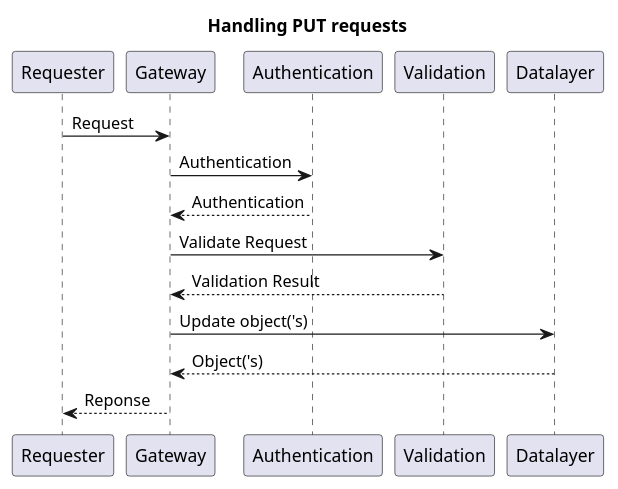
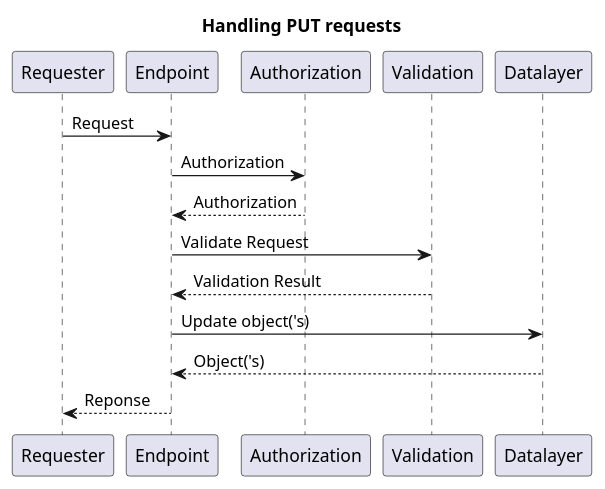
Before and after one commit to CommonGateway/CoreBundle: the diagram in docs/features/request_put.puml, drawn with PlantUML. The commit also changed 4 other files, not shown here.

```diff
--- a/docs/features/request_put.puml
+++ b/docs/features/request_put.puml
@@ -1,11 +1,11 @@
 @startuml
 title: Handling PUT requests
-Requester -> Gateway: Request
-Gateway -> Authentication  : Authentication
-Authentication --> Gateway  : Authentication
-Gateway -> Validation : Validate Request
-Validation --> Gateway : Validation Result
-Gateway -> Datalayer: Update object('s)
-Datalayer --> Gateway : Object('s)
-Gateway --> Requester: Reponse
+Requester -> Endpoint: Request
+Endpoint -> Authorization  : Authorization
+Authorization --> Endpoint  : Authorization
+Endpoint -> Validation : Validate Request
+Validation --> Endpoint : Validation Result
+Endpoint -> Datalayer: Update object('s)
+Datalayer --> Endpoint : Object('s)
+Endpoint --> Requester: Reponse
 @enduml
```
